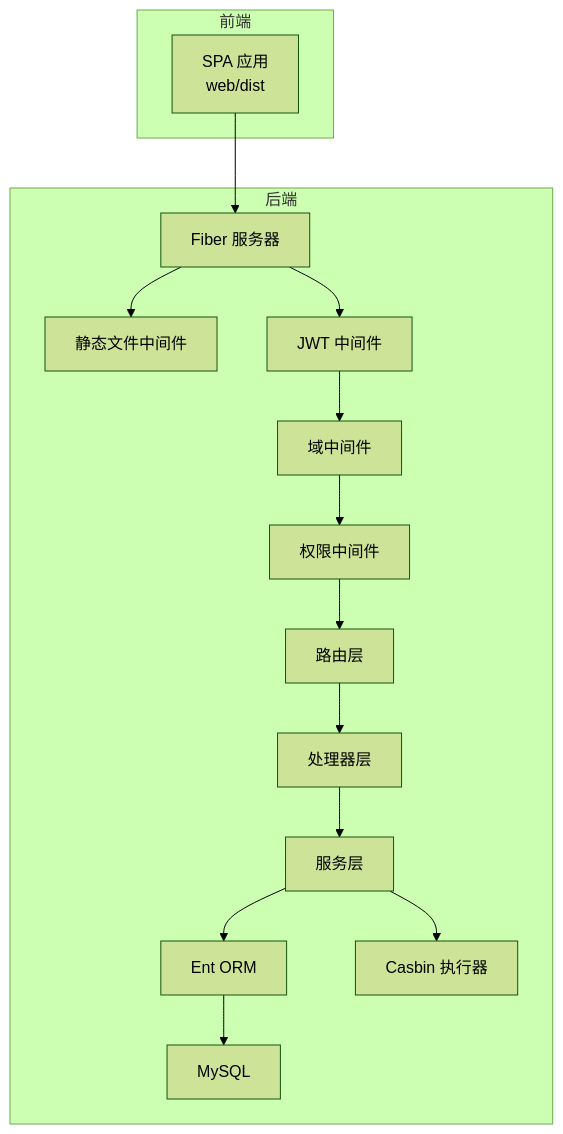
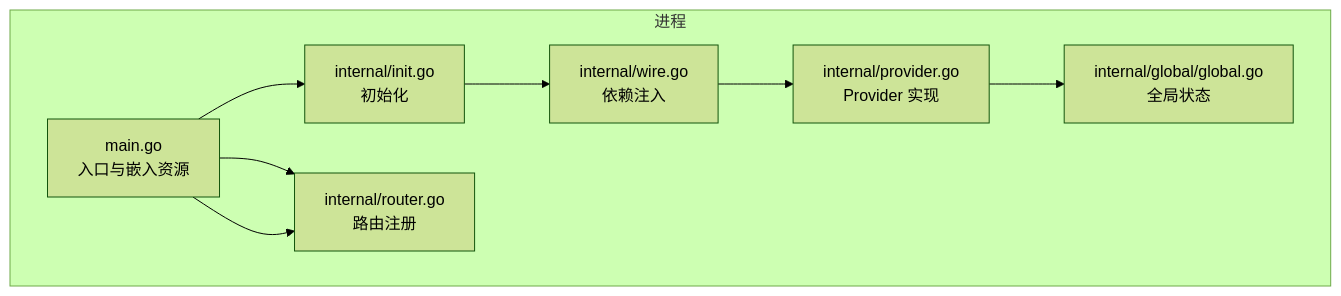
The second of 7 diagrams in .qoder/repowiki/zh/content/快速开始.md (wuwuseo/e-sports-go-admin), drawn with Mermaid (forest theme) before and after one commit. The commit also changed other lines of this file and 141 other files, not shown here.

````diff
--- a/.qoder/repowiki/zh/content/快速开始.md
+++ b/.qoder/repowiki/zh/content/快速开始.md
@@ -113,23 +86,17 @@
 ```mermaid
 graph TB
-subgraph "前端"
-FE["SPA 应用<br/>web/dist"]
+subgraph "进程"
+M["main.go<br/>入口与嵌入资源"]
+R["internal/router.go<br/>路由注册"]
+I["internal/init.go<br/>初始化"]
+W["internal/wire.go<br/>依赖注入"]
+P["internal/provider.go<br/>Provider 实现"]
+G["internal/global/global.go<br/>全局状态"]
 end
-subgraph "后端"
-Srv["Fiber 服务器"]
-MW1["静态文件中间件"]
-MW2["JWT 中间件"]
-MW3["域中间件"]
-MW4["权限中间件"]
-R["路由层"]
-H["处理器层"]
-SVC["服务层"]
-ORM["Ent ORM"]
-DB["MySQL"]
-CB["Casbin 执行器"]
-end
-FE --> Srv
-Srv --> MW1
-Srv --> MW2 --> MW3 --> MW4 --> R --> H --> SVC --> ORM --> DB
-SVC --> CB
+M --> I
+M --> R
+I --> W
+W --> P
+P --> G
+M --> R
 ```
````
